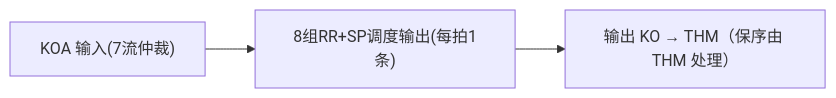
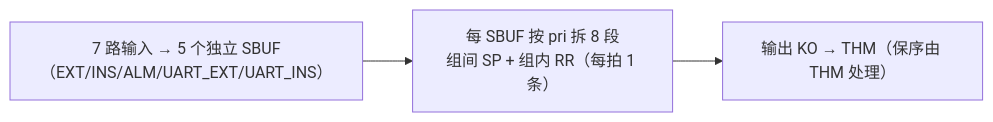
One commit to cpy121479/framer changed the third of 6 diagrams in docs/uvm_poe平台方案.md. Above: the diagram before and after it, drawn with Mermaid. The commit also changed other lines of this file and 9 other files, not shown here.

First line of the commit message:
feat: KOA 重构为 5×SBUF + RR+SP 调度并修复分段索引与时序

````diff
--- a/docs/uvm_poe平台方案.md
+++ b/docs/uvm_poe平台方案.md
@@ -85,5 +85,5 @@
 ```mermaid
 flowchart LR
-  A["KOA 输入(7流仲裁)"] --> S["8组RR+SP调度输出(每拍1条)"]
+  A["7 路输入 → 5 个独立 SBUF<br/>（EXT/INS/ALM/UART_EXT/UART_INS）"] --> S["每 SBUF 按 pri 拆 8 段<br/>组间 SP + 组内 RR（每拍 1 条）"]
   S --> T["输出 KO → THM（保序由 THM 处理）"]
 ```
````
